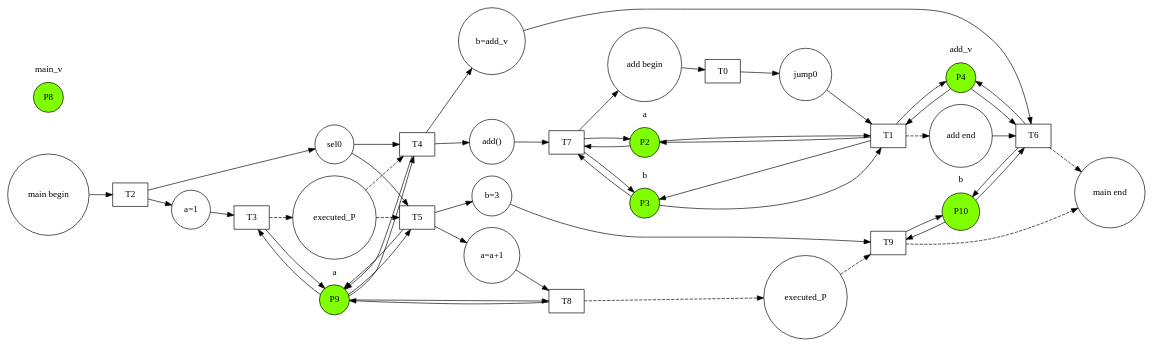
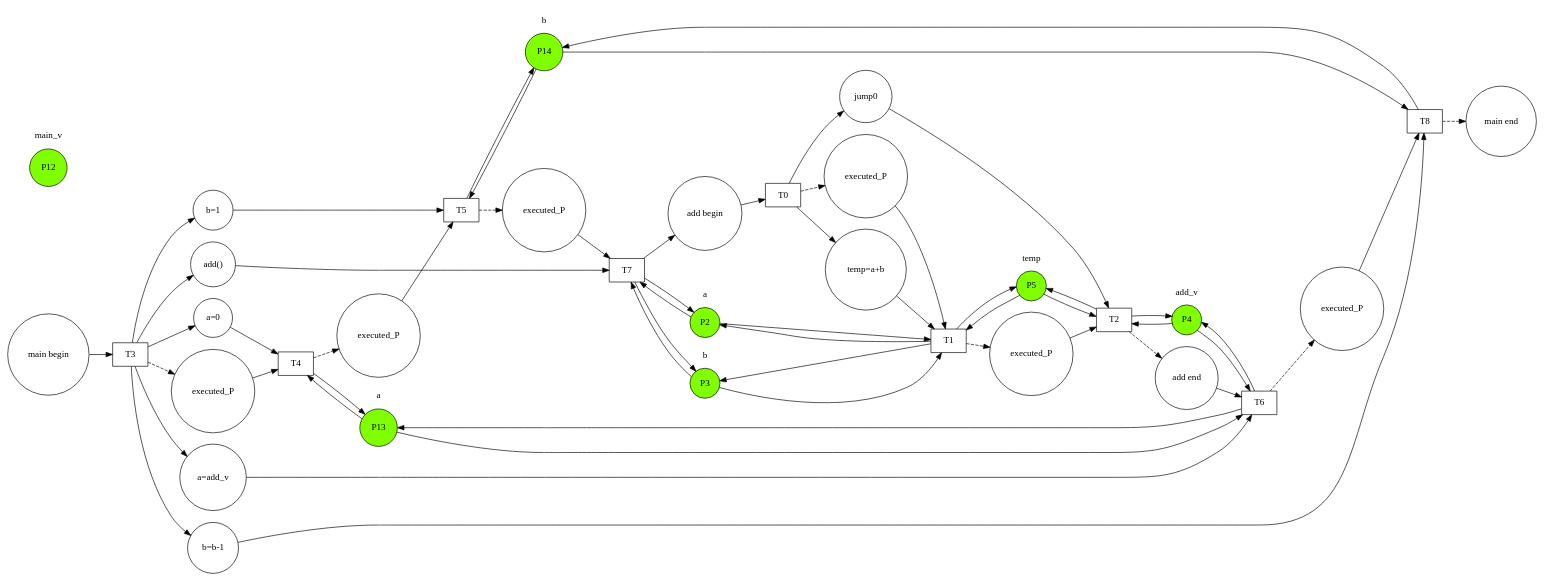
Before and after one commit to ccisman/DAMER: the diagram in cmake-build-debug/1.dot, drawn with Graphviz. The commit also changed 65 other files, not shown here.

```diff
--- a/cmake-build-debug/1.dot
+++ b/cmake-build-debug/1.dot
@@ -1,83 +1,92 @@
 digraph G{
 rankdir = LR
 P0[shape=circle,label="add begin"]
 P1[shape=circle,label="add end"]
 subgraph cluster_P2{label="a"color="white"P2[shape=circle, style="filled",color="black",fillcolor="chartreuse"]}
 subgraph cluster_P3{label="b"color="white"P3[shape=circle, style="filled",color="black",fillcolor="chartreuse"]}
 subgraph cluster_P4{label="add_v"color="white"P4[shape=circle, style="filled",color="black",fillcolor="chartreuse"]}
-P5[shape=circle,label="jump0"]
-P6[shape=circle,label="main begin"]
-P7[shape=circle,label="main end"]
-subgraph cluster_P8{label="main_v"color="white"P8[shape=circle, style="filled",color="black",fillcolor="chartreuse"]}
-subgraph cluster_P9{label="a"color="white"P9[shape=circle, style="filled",color="black",fillcolor="chartreuse"]}
-subgraph cluster_P10{label="b"color="white"P10[shape=circle, style="filled",color="black",fillcolor="chartreuse"]}
-P11[shape=circle,label="a=1"]
-P12[shape=circle,label="sel0"]
-P13[shape=circle,label="b=add_v"]
-P14[shape=circle,label="add()"]
-P15[shape=circle,label="a=a+1"]
-P16[shape=circle,label="b=3"]
-P17[shape=circle,label="executed_P"]
-P18[shape=circle,label="executed_P"]
+subgraph cluster_P5{label="temp"color="white"P5[shape=circle, style="filled",color="black",fillcolor="chartreuse"]}
+P6[shape=circle,label="temp=a+b"]
+P7[shape=circle,label="jump0"]
+P8[shape=circle,label="executed_P"]
+P9[shape=circle,label="executed_P"]
+P10[shape=circle,label="main begin"]
+P11[shape=circle,label="main end"]
+subgraph cluster_P12{label="main_v"color="white"P12[shape=circle, style="filled",color="black",fillcolor="chartreuse"]}
+subgraph cluster_P13{label="a"color="white"P13[shape=circle, style="filled",color="black",fillcolor="chartreuse"]}
+subgraph cluster_P14{label="b"color="white"P14[shape=circle, style="filled",color="black",fillcolor="chartreuse"]}
+P15[shape=circle,label="a=0"]
+P16[shape=circle,label="b=1"]
+P17[shape=circle,label="a=add_v"]
+P18[shape=circle,label="add()"]
+P19[shape=circle,label="b=b-1"]
+P20[shape=circle,label="executed_P"]
+P21[shape=circle,label="executed_P"]
+P22[shape=circle,label="executed_P"]
+P23[shape=circle,label="executed_P"]
 T0[shape=box]
 T1[shape=box]
 T2[shape=box]
 T3[shape=box]
 T4[shape=box]
 T5[shape=box]
 T6[shape=box]
 T7[shape=box]
 T8[shape=box]
-T9[shape=box]
 P0->T0
-P5->T1
-T1->P1[style="dashed"]
-T1->P4
-P4->T1
+P6->T1
 P2->T1
 T1->P2
 P3->T1
 T1->P3
-T0->P5
-P6->T2
-P11->T3
-T3->P9
-P9->T3
-P12->T4
-P12->T5
-P13->T6
-P14->T7
+T1->P5
+P5->T1
+P7->T2
+T2->P1[style="dashed"]
+T2->P4
+P4->T2
+P5->T2
+T2->P5
+T0->P6
+T0->P8[style="dashed"]
+P8->T1
+T0->P7
+T1->P9[style="dashed"]
+P9->T2
+P10->T3
+P15->T4
+T4->P13
+P13->T4
+P16->T5
+T5->P14
+P14->T5
+P17->T6
+P18->T7
 T7->P2
 P2->T7
 T7->P3
 P3->T7
 T7->P0
 P1->T6
 P4->T6
 T6->P4
-T6->P10
-P10->T6
-P15->T8
-P9->T8
-T8->P9
-P16->T9
-T9->P10
-P10->T9
-P9->T4
-T4->P9
-P9->T5
-T5->P9
-T4->P13
-T4->P14
-T5->P15
-T5->P16
-T8->P17[style="dashed"]
-P17->T9[style="dashed"]
-T2->P11
-T2->P12
-T3->P18[style="dashed"]
-P18->T4[style="dashed"]
-P18->T5[style="dashed"]
-T6->P7[style="dashed"]
-T9->P7[style="dashed"]
+T6->P13
+P13->T6
+P19->T8
+P14->T8
+T8->P14
+T3->P15
+T3->P20[style="dashed"]
+P20->T4
+T3->P16
+T4->P21[style="dashed"]
+P21->T5
+T3->P18
+T3->P17
+T5->P22[style="dashed"]
+P22->T7
+T3->P19
+T6->P23[style="dashed"]
+P23->T8
+T8->P11[style="dashed"]
 }
```
